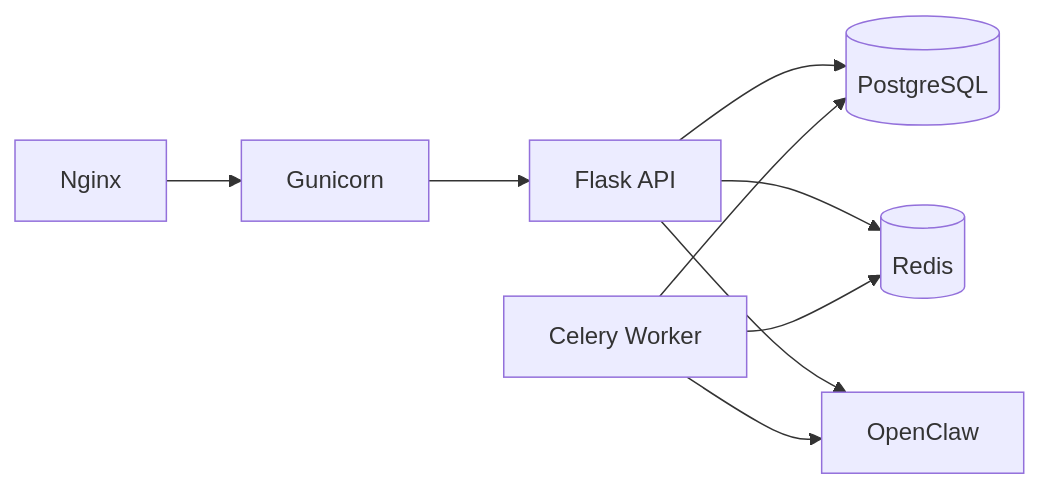
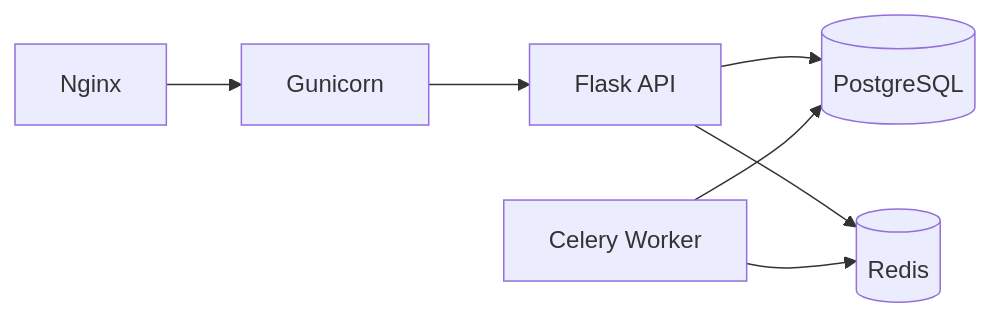
The second of 2 diagrams in docs/后端技术文档.md (qiuboboo/Campus-Activity-Information-Platform), drawn with Mermaid before and after one commit. The commit also changed other lines of this file and 15 other files, not shown here.

First line of the commit message:
Replace OpenClaw with lightweight AI + MCP architecture

````diff
--- a/docs/后端技术文档.md
+++ b/docs/后端技术文档.md
@@ -809,11 +992,9 @@
 ```mermaid
 flowchart LR
     N[Nginx] --> G[Gunicorn]
     G --> F[Flask API]
     F --> P[(PostgreSQL)]
     F --> R[(Redis)]
-    F --> O[OpenClaw]
     C[Celery Worker] --> R
     C --> P
-    C --> O
 ```
````
